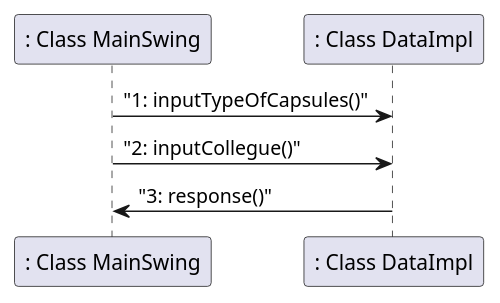
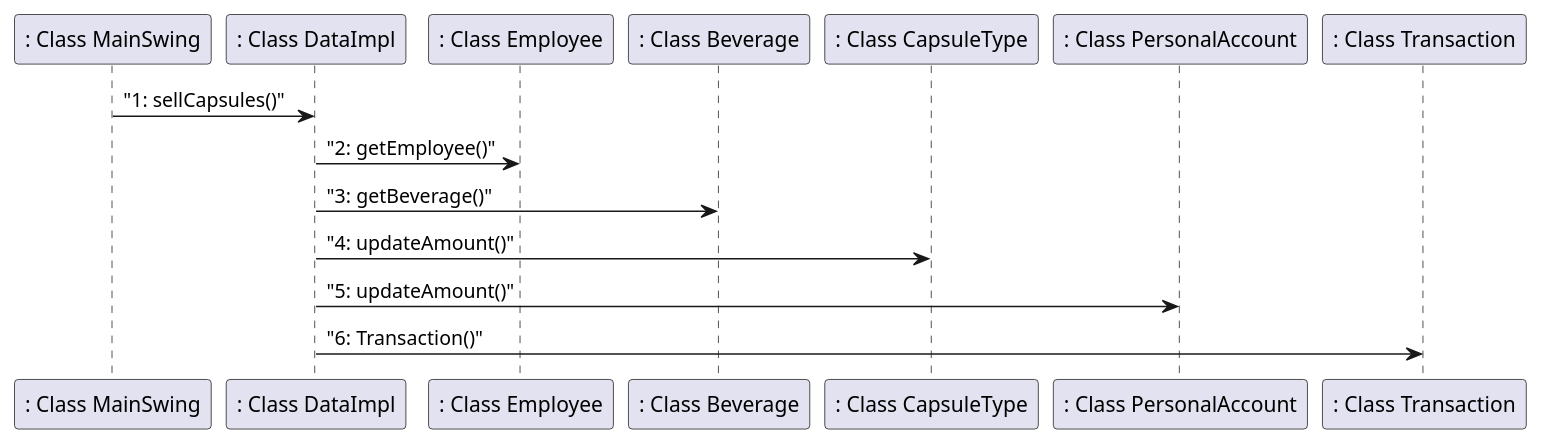
One commit to salvatore-dimartino/LaTazza changed the sixth of 7 diagrams in templates/DesignDocumentTemplate.md. Above: the diagram before and after it, drawn with PlantUML. The commit also changed other lines of this file, not shown here.

````diff
--- a/templates/DesignDocumentTemplate.md
+++ b/templates/DesignDocumentTemplate.md
@@ -282,5 +282,8 @@
 ```plantuml
-": Class MainSwing" -> ": Class DataImpl": "1: inputTypeOfCapsules()"
-": Class MainSwing" -> ": Class DataImpl": "2: inputCollegue()"
-": Class DataImpl" -> ": Class MainSwing": "3: response()"
+": Class MainSwing" -> ": Class DataImpl": "1: sellCapsules()"
+": Class DataImpl" -> ": Class Employee": "2: getEmployee()"
+": Class DataImpl" -> ": Class Beverage": "3: getBeverage()"
+": Class DataImpl" -> ": Class CapsuleType": "4: updateAmount()"
+": Class DataImpl" -> ": Class PersonalAccount": "5: updateAmount()"
+": Class DataImpl" -> ": Class Transaction": "6: Transaction()"
 ```
````
